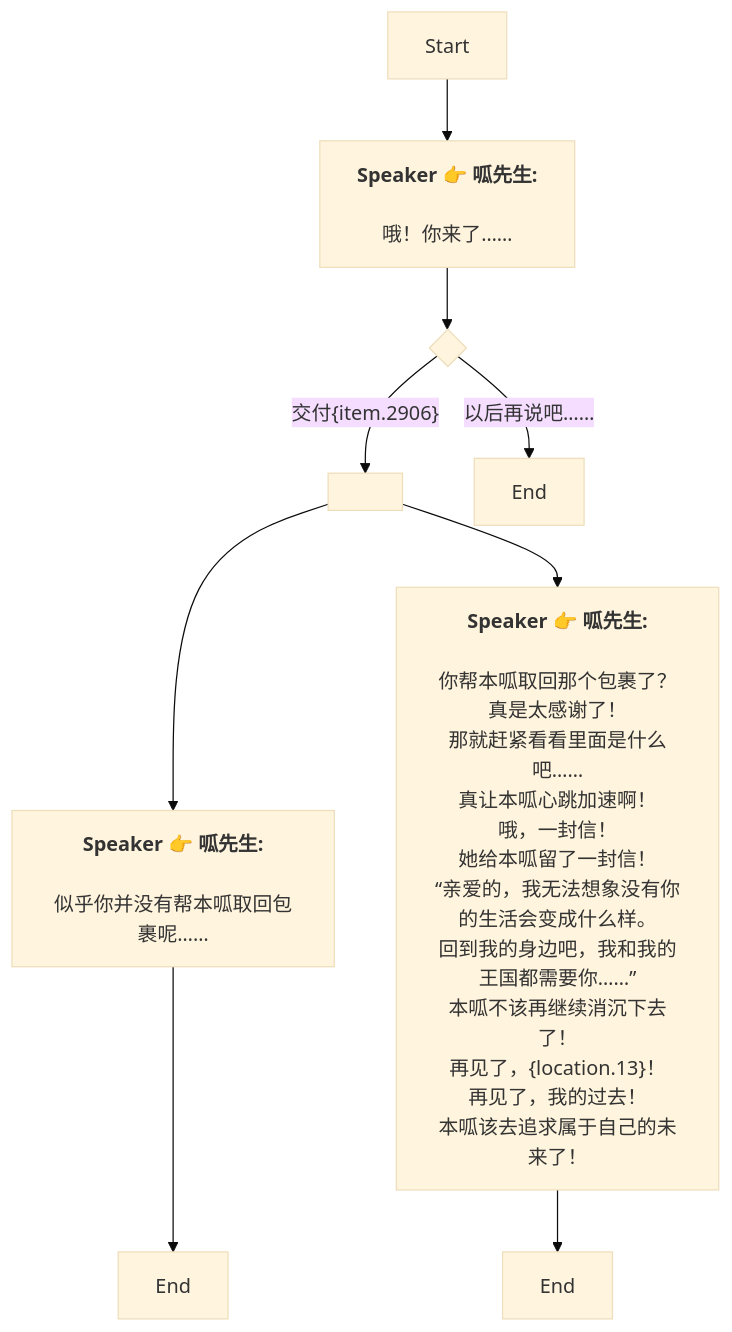
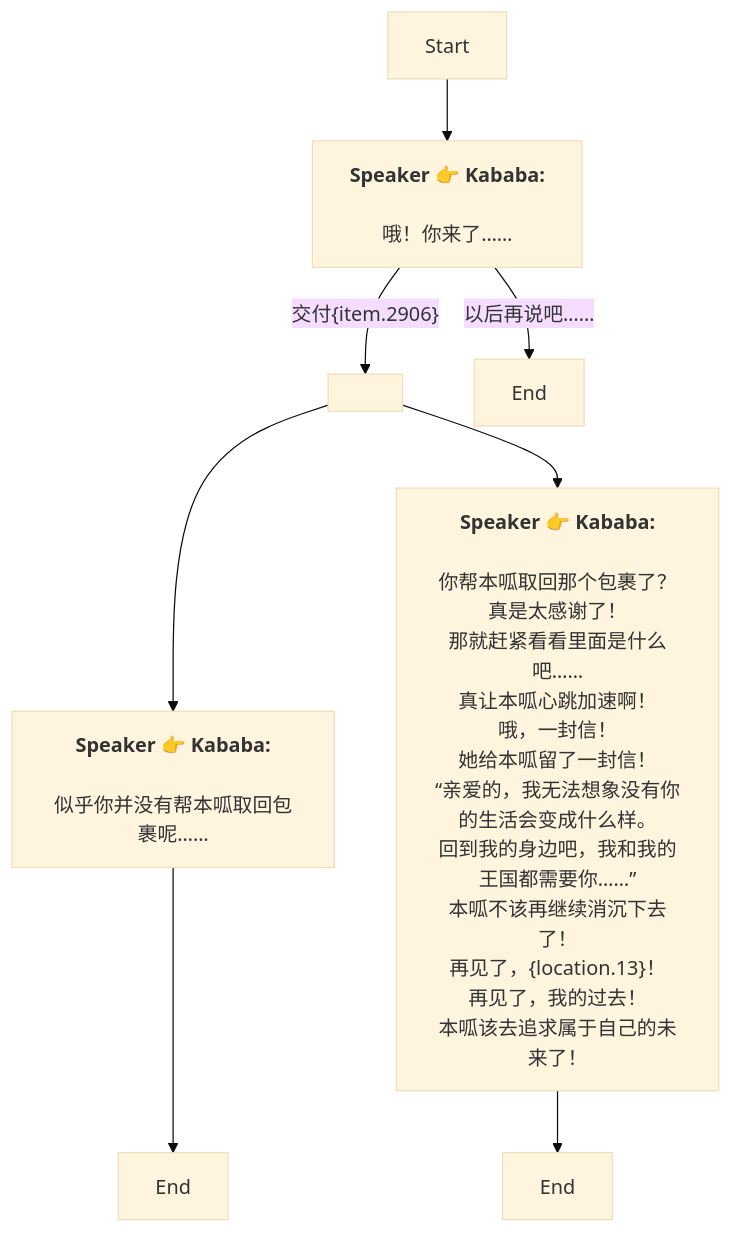
Before and after one commit to SoftHu/tos_avg: the diagram in Zh/QuestTalkObjectiveNode_1737569690574121.md, drawn with Mermaid (base theme). The commit also changed 737 other files, not shown here.

````diff
--- a/Zh/QuestTalkObjectiveNode_1737569690574121.md
+++ b/Zh/QuestTalkObjectiveNode_1737569690574121.md
@@ -1,28 +1,20 @@
 ```mermaid
 graph
-Start -->1738900584411450[<b>Speaker 👉 呱先生:</b>
-
-哦！你来了……]
-1738900584411450 -->1738900636464444{ }
-1738900636464444 -->|交付&lbrace;item.2906&rbrace;|1738361726628956[ ]
-1738900636464444 -->|以后再说吧……|1738900772840769[End]
-1738361726628956 -->1737632949065013[<b>Speaker 👉 呱先生:</b>
-
-似乎你并没有帮本呱取回包裹呢……]
-1738361726628956 -->1737571406559532[<b>Speaker 👉 呱先生:</b>
-
-你帮本呱取回那个包裹了？真是太感谢了！
+Start -->1738900584411450[<b>Speaker 👉 Kababa:</b>
+\n哦！你来了……]
+1738900584411450 -->|交付&lbrace;item.2906&rbrace;|1738361726628956[ ]
+1738900584411450 -->|以后再说吧……|1738900772840769[End]
+1738361726628956 -->1737632949065013[<b>Speaker 👉 Kababa:</b>
+\n似乎你并没有帮本呱取回包裹呢……]
+1738361726628956 -->1737571406559532[<b>Speaker 👉 Kababa:</b>
+\n你帮本呱取回那个包裹了？真是太感谢了！
 那就赶紧看看里面是什么吧……
-真让本呱心跳加速啊！
-哦，一封信！
-她给本呱留了一封信！
-“亲爱的，我无法想象没有你的生活会变成什么样。
-回到我的身边吧，我和我的王国都需要你……”
-本呱不该再继续消沉下去了！
+真让本呱心跳加速啊！\n哦，一封信！
+她给本呱留了一封信！\n“亲爱的，我无法想象没有你的生活会变成什么样。
+回到我的身边吧，我和我的王国都需要你……”\n本呱不该再继续消沉下去了！
 再见了，&lbrace;location.13&rbrace;！
-再见了，我的过去！
-本呱该去追求属于自己的未来了！]
+再见了，我的过去！\n本呱该去追求属于自己的未来了！]
 1737632949065013 -->1738361774200925[End]
 1737571406559532 -->1737632572734770[End]
 
- ```
+```
````
